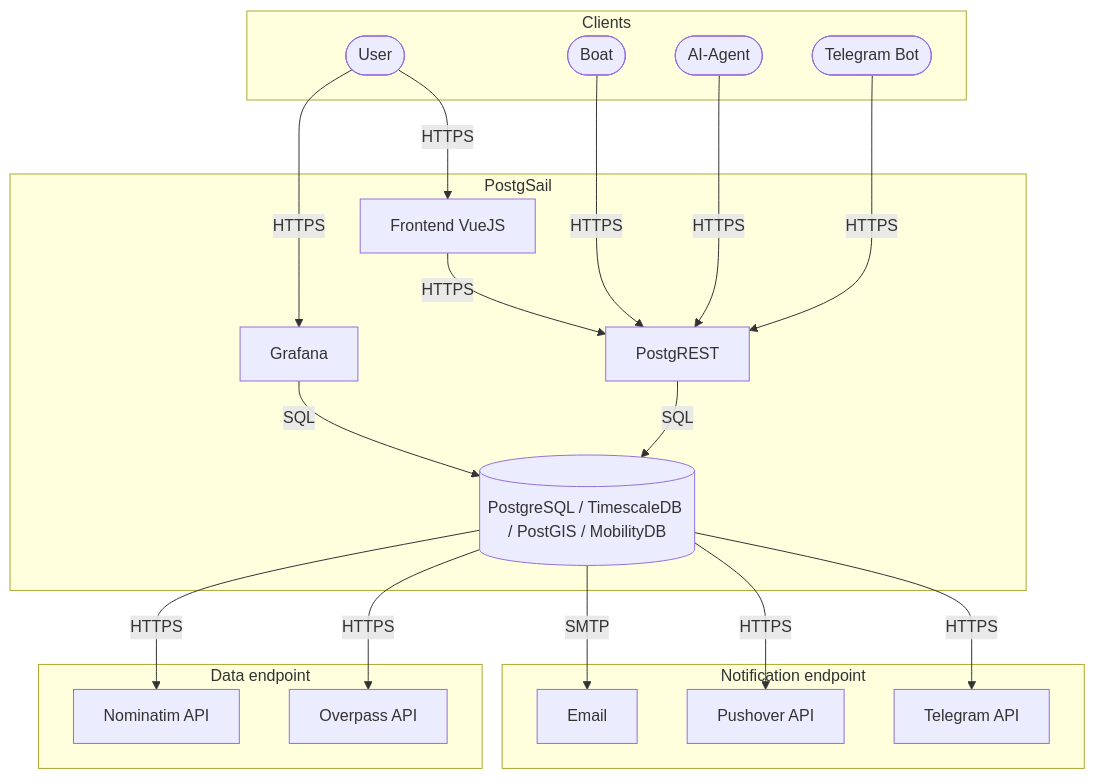
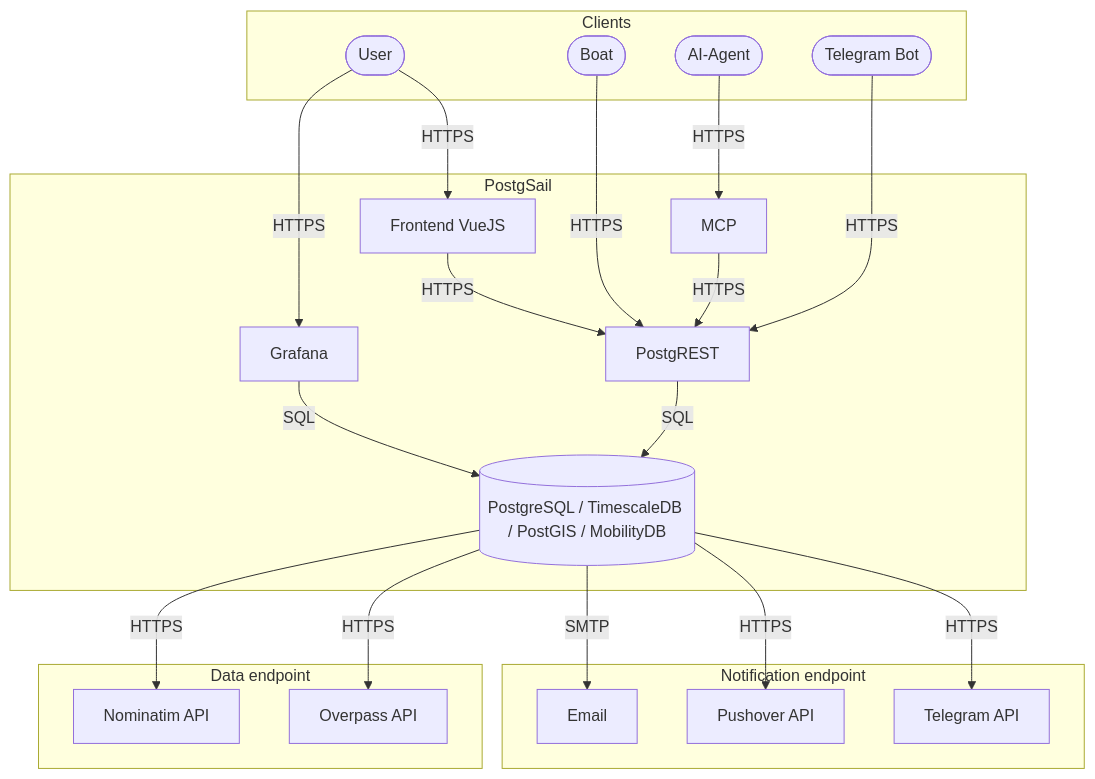
One commit to xbgmsharp/postgsail changed the first of 2 diagrams in docs/src/setup.md. Above: the diagram before and after it, drawn with Mermaid. The commit also changed 2 other files, not shown here.

````diff
--- a/docs/src/setup.md
+++ b/docs/src/setup.md
@@ -7,62 +7,64 @@
 ```mermaid
 flowchart TD
     %% User
     user([User])
 
     %% Frontend and Auth
     user -->|HTTPS| frontend[Frontend VueJS]
     user -->|HTTPS| grafana[Grafana]
 
     %% Web Server Layer
     frontend -->|HTTPS| postgrest[PostgREST]
+    mcp -->|HTTPS| postgrest[PostgREST]
 
     %% Database
     postgrest --> |SQL|postgres[(PostgreSQL / TimescaleDB / PostGIS / MobilityDB)]
     grafana --> |SQL|postgres
 
     %% External System
     postgres -->|HTTPS|telegram[Telegram API]
     postgres -->|HTTPS|pushover[Pushover API]
     postgres -->|SMTP|email[Email]
     postgres -->|HTTPS|overpass[Overpass API]
     postgres -->|HTTPS|nominatim[Nominatim API]
 
     %% Boat (External Client)
     vessel([Boat])
     vessel -->|HTTPS| postgrest
 
     %% MCP (External Client)
-    mcp([AI-Agent])
-    mcp -->|HTTPS| postgrest
+    ai_agent([AI-Agent])
+    ai_agent -->|HTTPS| mcp[MCP]
 
     %% Telegram Bot (External Client)
     telegram_bot([Telegram Bot])
     telegram_bot -->|HTTPS| postgrest
 
     %% Groupings
 
     subgraph Clients
         user
         vessel
-        mcp
+        ai_agent
         telegram_bot
     end
 
     subgraph PostgSail
         frontend
         grafana
         postgrest
         postgres
+        mcp
     end
 
     subgraph "Notification endpoint"
         telegram
         pushover
         email
     end
 
     subgraph "Data endpoint"
         overpass
         nominatim
     end
 ```
````
